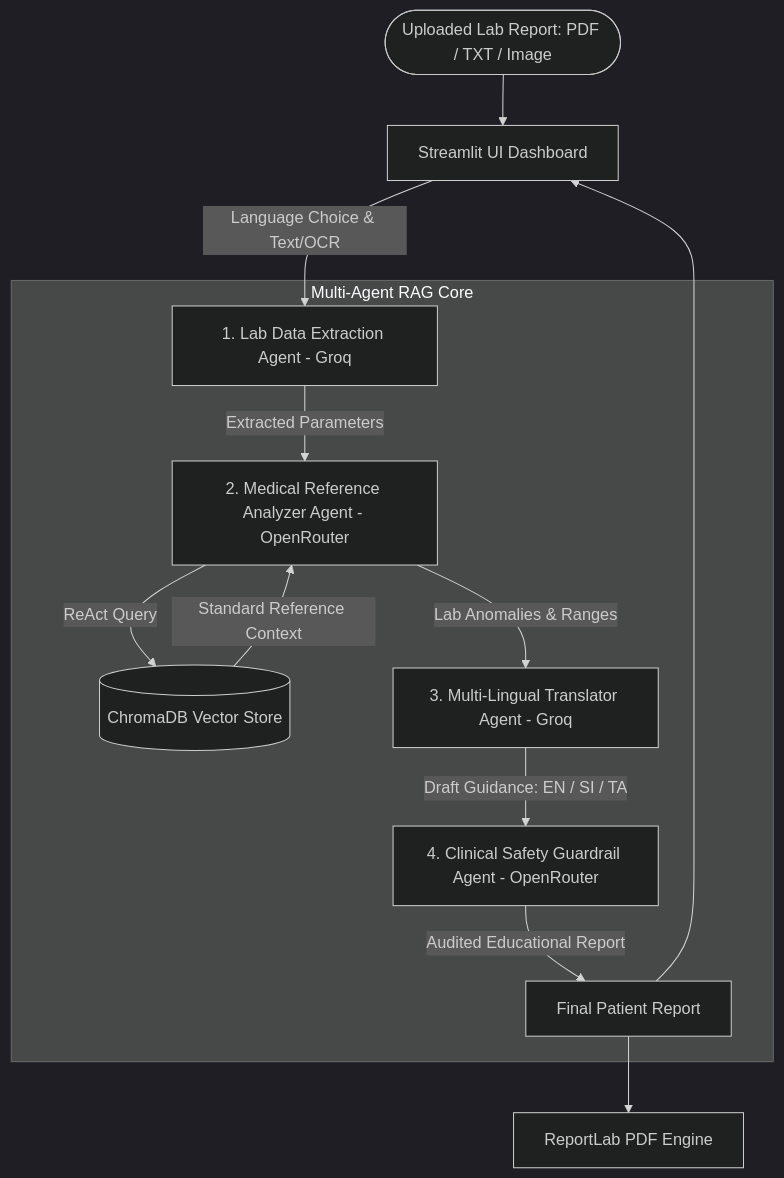
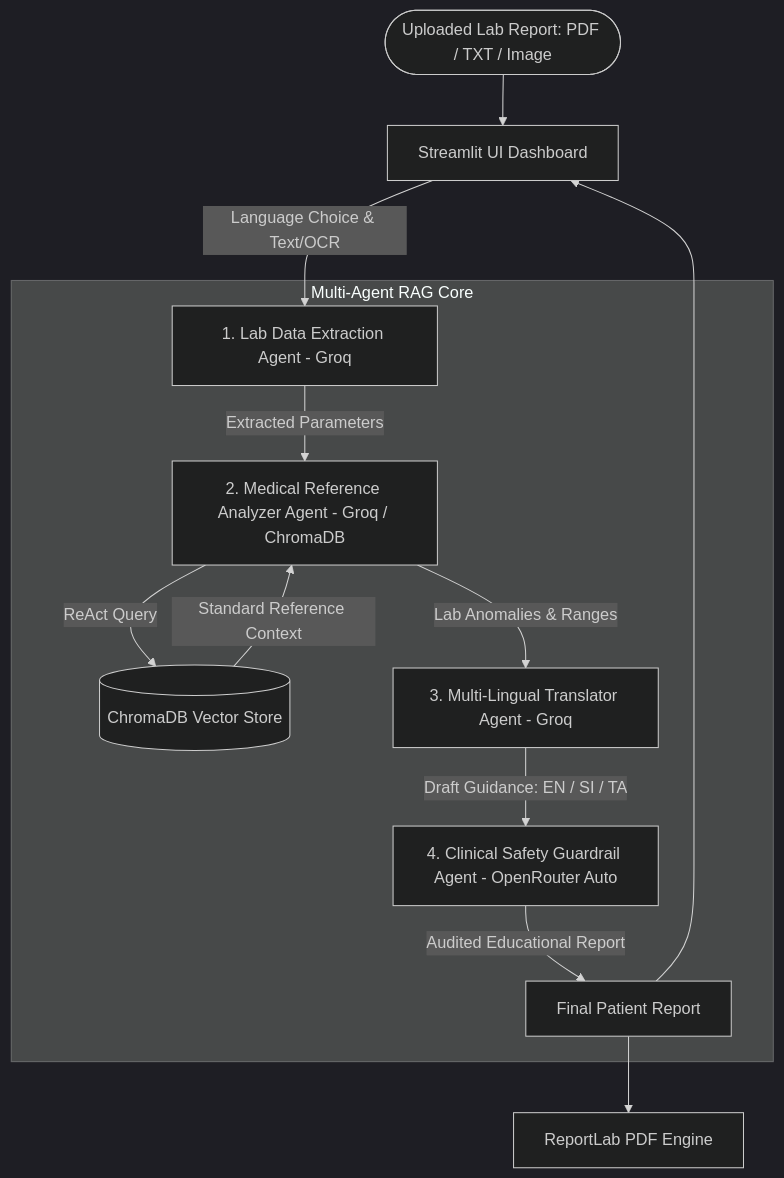
Before and after one commit to AnjanaMadhushanaj/Heart_Agent_App: the first of 2 diagrams in README.md, drawn with Mermaid (dark theme). The commit also changed other lines of this file and 1 other file, not shown here.

Commit message:
fix: enforce Groq direct models with OpenRouter auto failover to permanently eliminate 404 model errors

````diff
--- a/README.md
+++ b/README.md
@@ -60,17 +60,17 @@
 ```mermaid
 graph TD
     User([Uploaded Lab Report: PDF / TXT / Image]) --> UI[Streamlit UI Dashboard]
     UI -->|Language Choice & Text/OCR| Agent1[1. Lab Data Extraction Agent - Groq]
     
     subgraph Multi-Agent RAG Core
-        Agent1 -->|Extracted Parameters| Agent2[2. Medical Reference Analyzer Agent - OpenRouter]
+        Agent1 -->|Extracted Parameters| Agent2[2. Medical Reference Analyzer Agent - Groq / ChromaDB]
         Agent2 -->|ReAct Query| RAG[(ChromaDB Vector Store)]
         RAG -->|Standard Reference Context| Agent2
         Agent2 -->|Lab Anomalies & Ranges| Agent3[3. Multi-Lingual Translator Agent - Groq]
-        Agent3 -->|Draft Guidance: EN / SI / TA| Agent4[4. Clinical Safety Guardrail Agent - OpenRouter]
+        Agent3 -->|Draft Guidance: EN / SI / TA| Agent4[4. Clinical Safety Guardrail Agent - OpenRouter Auto]
         Agent4 -->|Audited Educational Report| FinalReport[Final Patient Report]
     end
     
     FinalReport --> UI
     FinalReport --> PDF[ReportLab PDF Engine]
 ```
````
